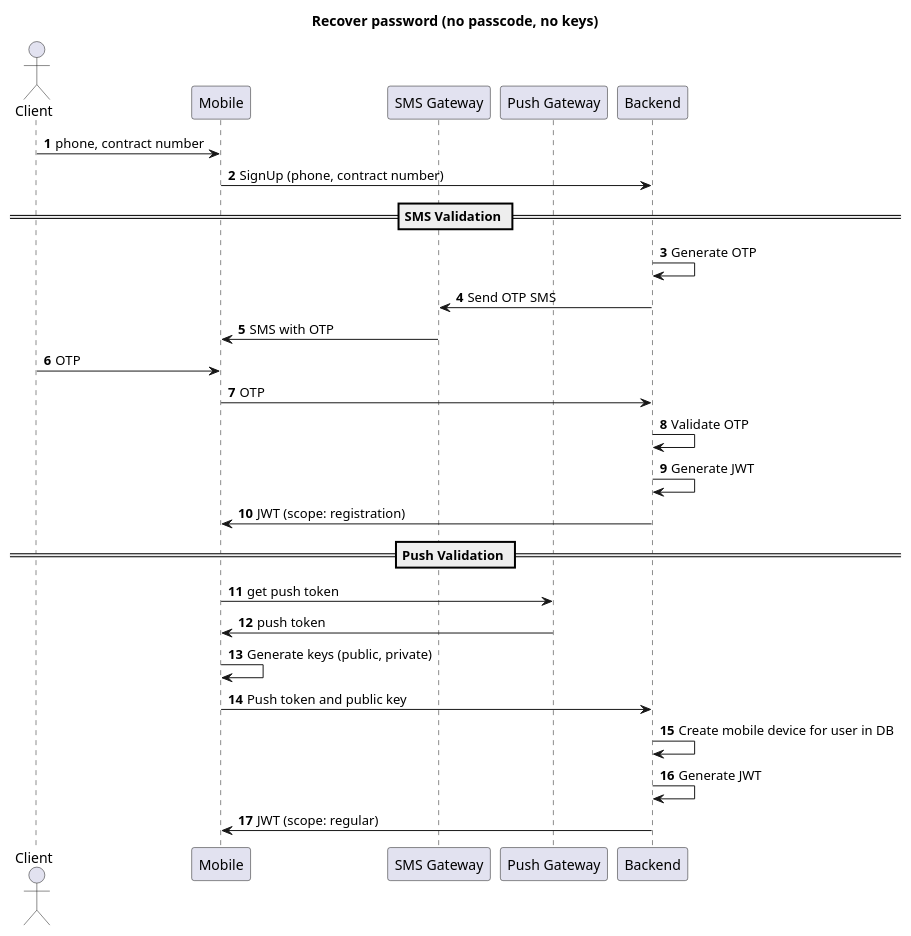
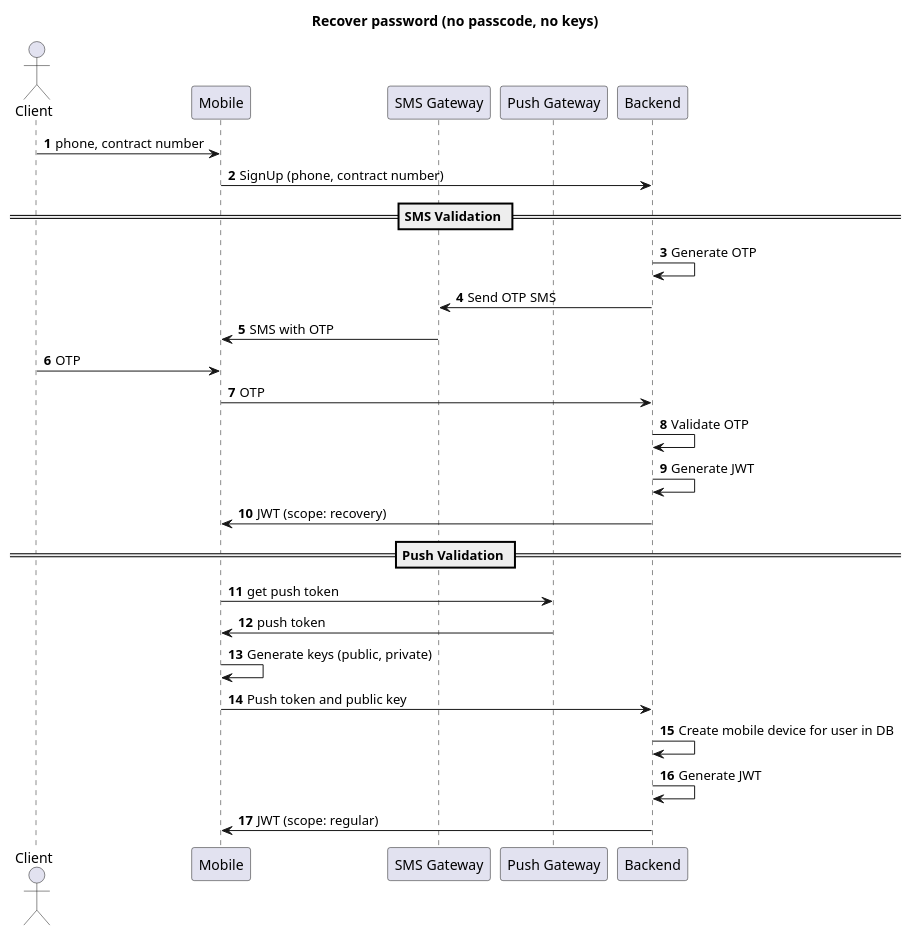
The diagram in Auth/recoverPassword.plantuml (eslusarenko/HTBS), drawn with PlantUML before and after one commit. The commit also changed 2 other files, not shown here.

```diff
--- a/Auth/recoverPassword.plantuml
+++ b/Auth/recoverPassword.plantuml
@@ -1,32 +1,32 @@
 @startuml
 title: Recover password (no passcode, no keys)
 
 actor Client as user
 participant Mobile as Mob
 participant "SMS Gateway" as sms
 participant "Push Gateway" as push
 participant Backend as Back
 
 autonumber
 user -> Mob: phone, contract number
 Mob -> Back: SignUp (phone, contract number)
 
 == SMS Validation ==
 Back -> Back: Generate OTP
 Back -> sms: Send OTP SMS
 sms -> Mob: SMS with OTP
 user -> Mob: OTP
 Mob -> Back: OTP
 Back -> Back: Validate OTP
 Back -> Back: Generate JWT
-Back -> Mob: JWT (scope: registration)
+Back -> Mob: JWT (scope: recovery)
 
 == Push Validation ==
 Mob -> push: get push token
 push -> Mob: push token
 Mob -> Mob: Generate keys (public, private)
 Mob -> Back: Push token and public key
 Back -> Back: Create mobile device for user in DB
 Back -> Back: Generate JWT
 Back -> Mob: JWT (scope: regular)
 @enduml
```
